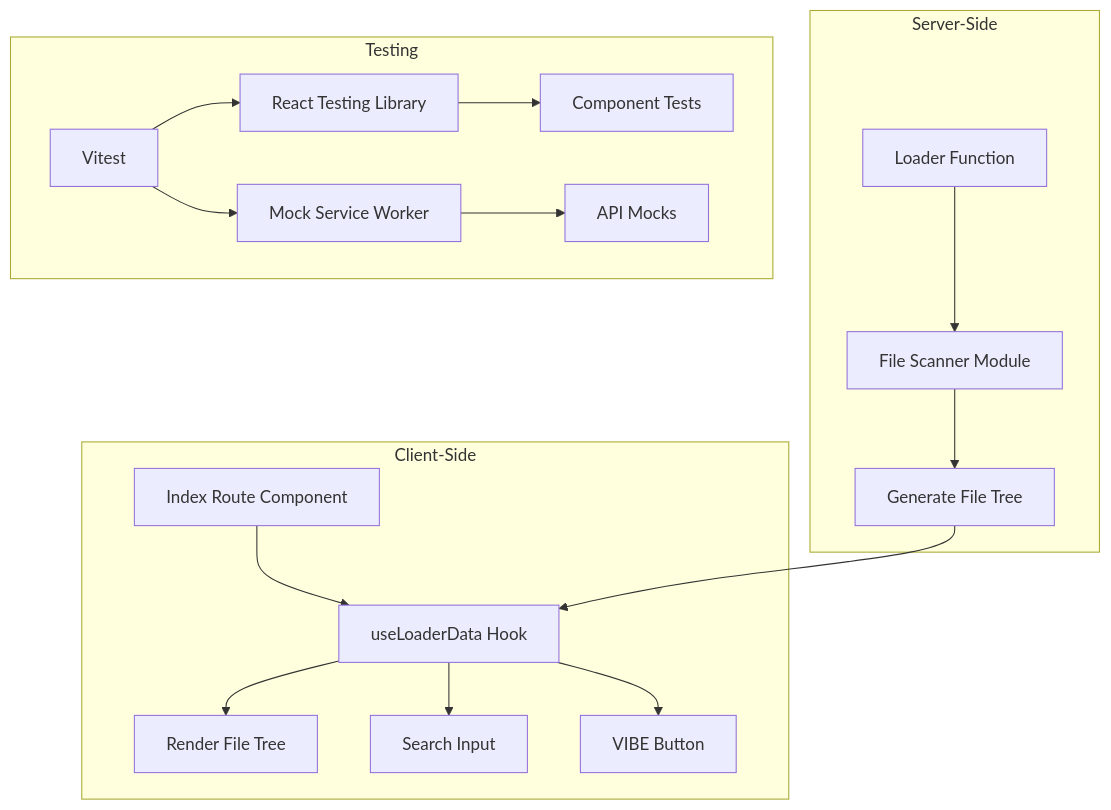
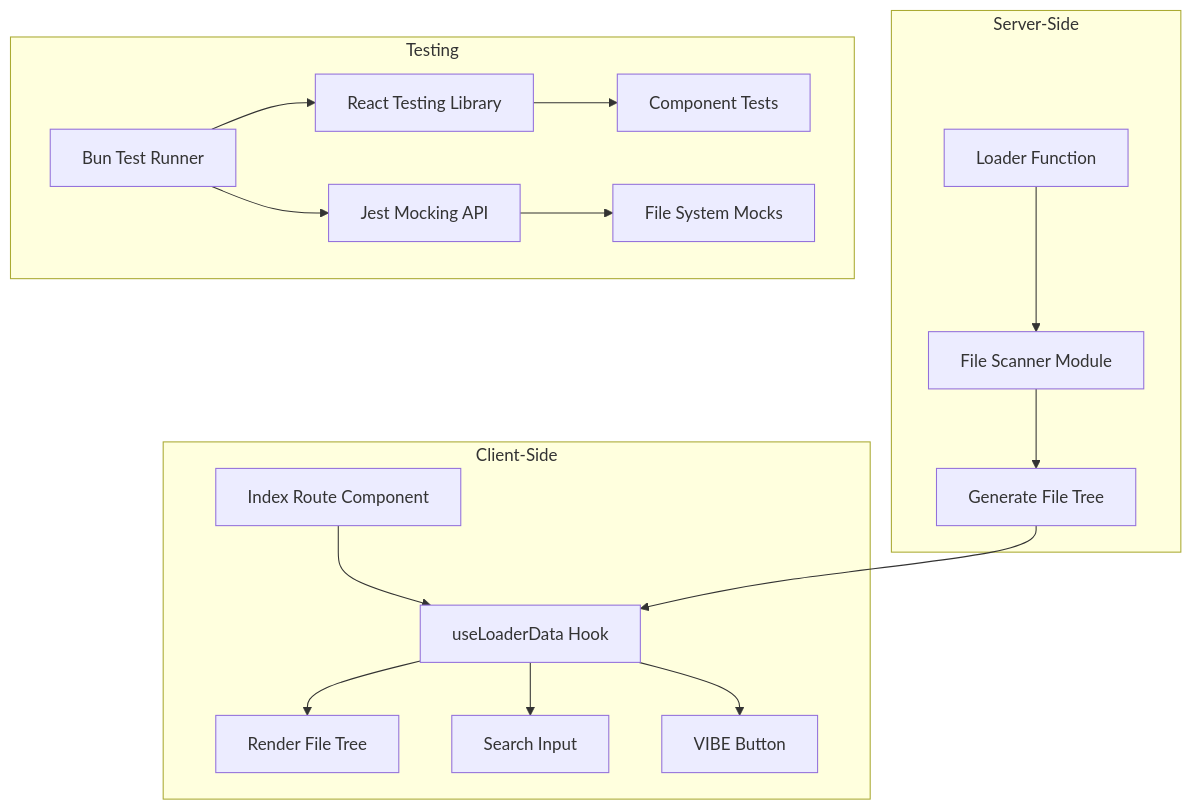
The first of 3 diagrams in implementation-plan-updated.md (ctrlShiftBryan/rr-7-starter), drawn with Mermaid before and after one commit. The commit also changed other lines of this file and 4 other files, not shown here.

First line of the commit message:
feat: migrate testing framework from Vitest to Bun

````diff
--- a/implementation-plan-updated.md
+++ b/implementation-plan-updated.md
@@ -13,26 +13,26 @@
 ```mermaid
 flowchart TB
     subgraph Server-Side
         loader[Loader Function]
         loader --> fileScanner[File Scanner Module]
         fileScanner --> fileTree[Generate File Tree]
     end
-    
+
     subgraph Client-Side
         route[Index Route Component]
         route --> useLoaderData[useLoaderData Hook]
         useLoaderData --> renderFileTree[Render File Tree]
         useLoaderData --> searchInput[Search Input]
         useLoaderData --> vibeButton[VIBE Button]
     end
-    
+
     subgraph Testing
-        vitest[Vitest]
-        vitest --> rtl[React Testing Library]
-        vitest --> msw[Mock Service Worker]
+        bunTest[Bun Test Runner]
+        bunTest --> rtl[React Testing Library]
+        bunTest --> jestMock[Jest Mocking API]
         rtl --> componentTests[Component Tests]
-        msw --> apiMocks[API Mocks]
+        jestMock --> fsMocks[File System Mocks]
     end
-    
+
     fileTree --> useLoaderData
 ```
````
